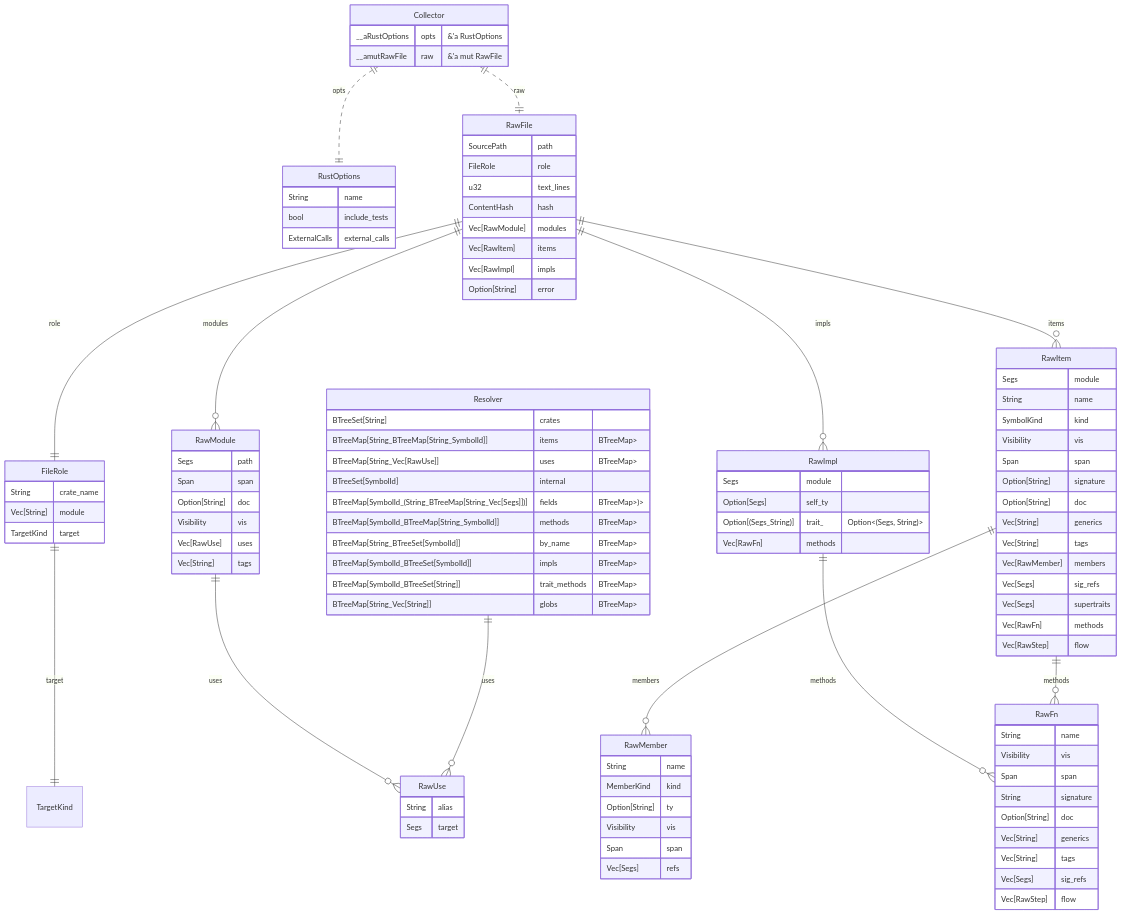
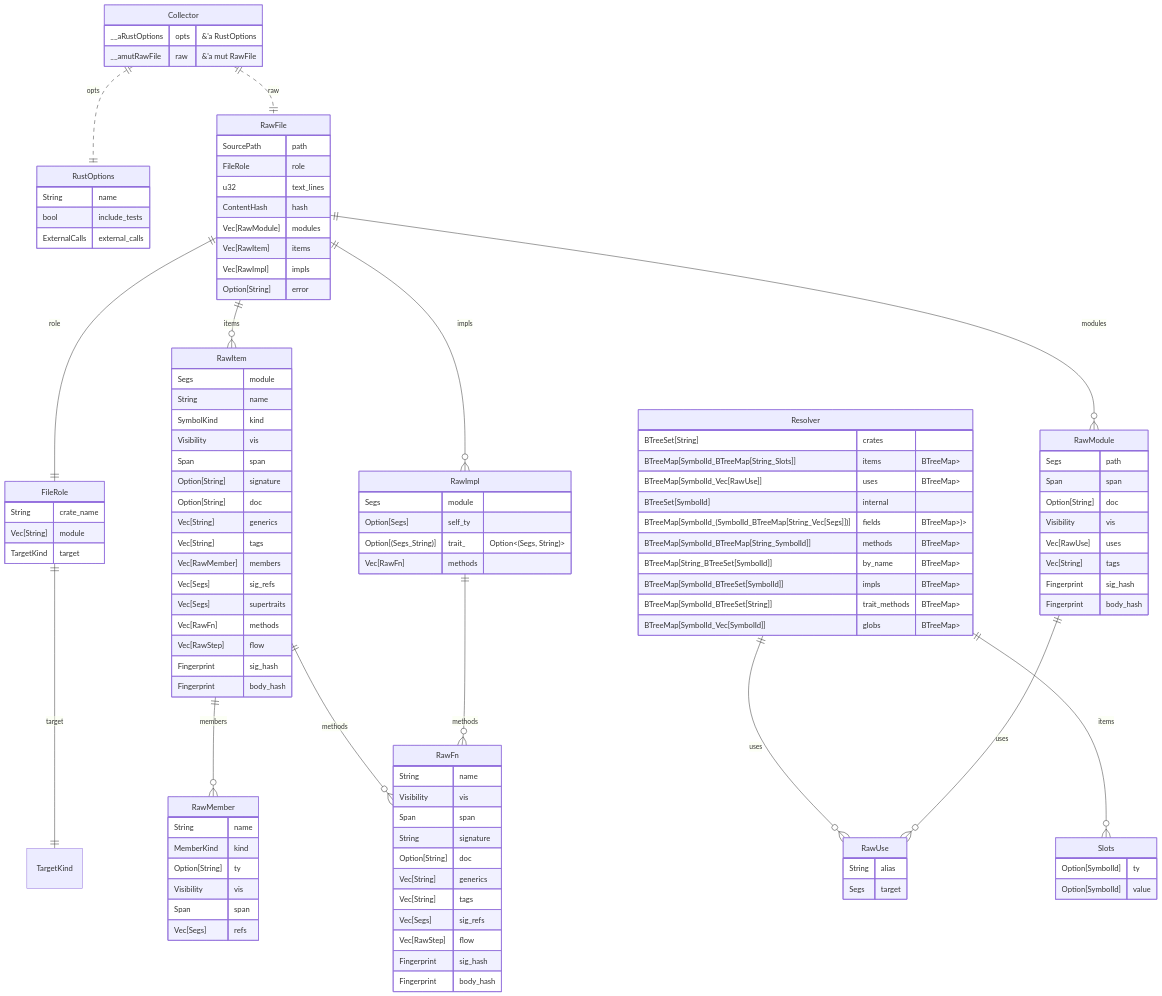
Before and after one commit to DreamLab-AI/codemaid: diagram 12 of 12 in docs/sealmap/_overview.md, drawn with Mermaid. The commit also changed other lines of this file and 45 other files, not shown here.

First line of the commit message:
docs: regenerate the self-corpus for sym: ids and schema v2

````diff
--- a/docs/sealmap/_overview.md
+++ b/docs/sealmap/_overview.md
@@ -550,21 +613,21 @@
 ```mermaid
 erDiagram
-  sealmap_rust__RustOptions["RustOptions"] {
+  sealmap_rust___tRustOptions["RustOptions"] {
     String name
     bool include_tests
     ExternalCalls external_calls
   }
-  sealmap_rust__collect__Collector["Collector"] {
+  sealmap_rust__collect___tCollector["Collector"] {
     __aRustOptions opts "&'a RustOptions"
     __amutRawFile raw "&'a mut RawFile"
   }
-  sealmap_rust__layout__FileRole["FileRole"] {
+  sealmap_rust__layout___tFileRole["FileRole"] {
     String crate_name
     Vec[String] module
     TargetKind target
   }
-  sealmap_rust__layout__TargetKind["TargetKind"]
-  sealmap_rust__raw__RawFile["RawFile"] {
+  sealmap_rust__layout___tTargetKind["TargetKind"]
+  sealmap_rust__raw___tRawFile["RawFile"] {
     SourcePath path
     FileRole role
     u32 text_lines
@@ -574,7 +637,7 @@
     Vec[RawImpl] impls
     Option[String] error
   }
-  sealmap_rust__raw__RawFn["RawFn"] {
+  sealmap_rust__raw___tRawFn["RawFn"] {
     String name
     Visibility vis
     Span span
@@ -584,14 +647,16 @@
     Vec[String] tags
     Vec[Segs] sig_refs
     Vec[RawStep] flow
+    Fingerprint sig_hash
+    Fingerprint body_hash
   }
-  sealmap_rust__raw__RawImpl["RawImpl"] {
+  sealmap_rust__raw___tRawImpl["RawImpl"] {
     Segs module
     Option[Segs] self_ty
     Option[(Segs_String)] trait_ "Option<(Segs, String)>"
     Vec[RawFn] methods
   }
-  sealmap_rust__raw__RawItem["RawItem"] {
+  sealmap_rust__raw___tRawItem["RawItem"] {
     Segs module
     String name
     SymbolKind kind
@@ -606,8 +671,10 @@
     Vec[Segs] supertraits
     Vec[RawFn] methods
     Vec[RawStep] flow
+    Fingerprint sig_hash
+    Fingerprint body_hash
   }
-  sealmap_rust__raw__RawMember["RawMember"] {
+  sealmap_rust__raw___tRawMember["RawMember"] {
     String name
     MemberKind kind
     Option[String] ty
@@ -615,40 +682,47 @@
     Span span
     Vec[Segs] refs
   }
-  sealmap_rust__raw__RawModule["RawModule"] {
+  sealmap_rust__raw___tRawModule["RawModule"] {
     Segs path
     Span span
     Option[String] doc
     Visibility vis
     Vec[RawUse] uses
     Vec[String] tags
+    Fingerprint sig_hash
+    Fingerprint body_hash
   }
-  sealmap_rust__raw__RawUse["RawUse"] {
+  sealmap_rust__raw___tRawUse["RawUse"] {
     String alias
     Segs target
   }
-  sealmap_rust__resolve__Resolver["Resolver"] {
+  sealmap_rust__resolve___tResolver["Resolver"] {
     BTreeSet[String] crates
-    BTreeMap[String_BTreeMap[String_SymbolId]] items "BTreeMap<String, BTreeMap<String, SymbolId>>"
-    BTreeMap[String_Vec[RawUse]] uses "BTreeMap<String, Vec<RawUse>>"
+    BTreeMap[SymbolId_BTreeMap[String_Slots]] items "BTreeMap<SymbolId, BTreeMap<String, Slots>>"
+    BTreeMap[SymbolId_Vec[RawUse]] uses "BTreeMap<SymbolId, Vec<RawUse>>"
     BTreeSet[SymbolId] internal
-    BTreeMap[SymbolId_(String_BTreeMap[String_Vec[Segs]])] fields "BTreeMap<SymbolId, (String, BTreeMap<String, Vec<Segs>>)>"
+    BTreeMap[SymbolId_(SymbolId_BTreeMap[String_Vec[Segs]])] fields "BTreeMap<SymbolId, (SymbolId, BTreeMap<String, Vec<Segs>>)>"
     BTreeMap[SymbolId_BTreeMap[String_SymbolId]] methods "BTreeMap<SymbolId, BTreeMap<String, SymbolId>>"
     BTreeMap[String_BTreeSet[SymbolId]] by_name "BTreeMap<String, BTreeSet<SymbolId>>"
     BTreeMap[SymbolId_BTreeSet[SymbolId]] impls "BTreeMap<SymbolId, BTreeSet<SymbolId>>"
     BTreeMap[SymbolId_BTreeSet[String]] trait_methods "BTreeMap<SymbolId, BTreeSet<String>>"
-    BTreeMap[String_Vec[String]] globs "BTreeMap<String, Vec<String>>"
+    BTreeMap[SymbolId_Vec[SymbolId]] globs "BTreeMap<SymbolId, Vec<SymbolId>>"
   }
-  sealmap_rust__collect__Collector ||..|| sealmap_rust__RustOptions : "opts"
-  sealmap_rust__collect__Collector ||..|| sealmap_rust__raw__RawFile : "raw"
-  sealmap_rust__layout__FileRole ||--|| sealmap_rust__layout__TargetKind : "target"
-  sealmap_rust__raw__RawFile ||--|| sealmap_rust__layout__FileRole : "role"
-  sealmap_rust__raw__RawFile ||--o{ sealmap_rust__raw__RawModule : "modules"
-  sealmap_rust__raw__RawFile ||--o{ sealmap_rust__raw__RawItem : "items"
-  sealmap_rust__raw__RawFile ||--o{ sealmap_rust__raw__RawImpl : "impls"
-  sealmap_rust__raw__RawImpl ||--o{ sealmap_rust__raw__RawFn : "methods"
-  sealmap_rust__raw__RawItem ||--o{ sealmap_rust__raw__RawMember : "members"
-  sealmap_rust__raw__RawItem ||--o{ sealmap_rust__raw__RawFn : "methods"
-  sealmap_rust__raw__RawModule ||--o{ sealmap_rust__raw__RawUse : "uses"
-  sealmap_rust__resolve__Resolver ||--o{ sealmap_rust__raw__RawUse : "uses"
+  sealmap_rust__resolve___tSlots["Slots"] {
+    Option[SymbolId] ty
+    Option[SymbolId] value
+  }
+  sealmap_rust__collect___tCollector ||..|| sealmap_rust___tRustOptions : "opts"
+  sealmap_rust__collect___tCollector ||..|| sealmap_rust__raw___tRawFile : "raw"
+  sealmap_rust__layout___tFileRole ||--|| sealmap_rust__layout___tTargetKind : "target"
+  sealmap_rust__raw___tRawFile ||--|| sealmap_rust__layout___tFileRole : "role"
+  sealmap_rust__raw___tRawFile ||--o{ sealmap_rust__raw___tRawModule : "modules"
+  sealmap_rust__raw___tRawFile ||--o{ sealmap_rust__raw___tRawItem : "items"
+  sealmap_rust__raw___tRawFile ||--o{ sealmap_rust__raw___tRawImpl : "impls"
+  sealmap_rust__raw___tRawImpl ||--o{ sealmap_rust__raw___tRawFn : "methods"
+  sealmap_rust__raw___tRawItem ||--o{ sealmap_rust__raw___tRawMember : "members"
+  sealmap_rust__raw___tRawItem ||--o{ sealmap_rust__raw___tRawFn : "methods"
+  sealmap_rust__raw___tRawModule ||--o{ sealmap_rust__raw___tRawUse : "uses"
+  sealmap_rust__resolve___tResolver ||--o{ sealmap_rust__resolve___tSlots : "items"
+  sealmap_rust__resolve___tResolver ||--o{ sealmap_rust__raw___tRawUse : "uses"
 ```
````
